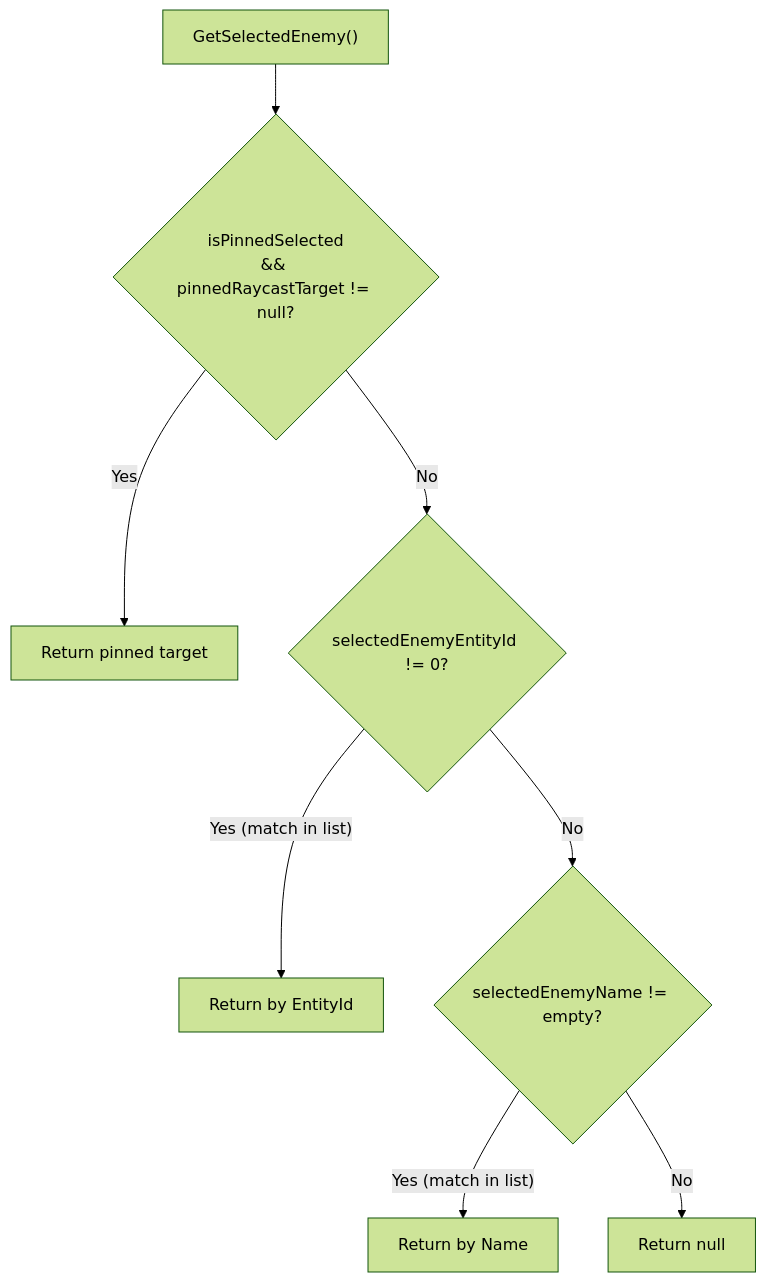
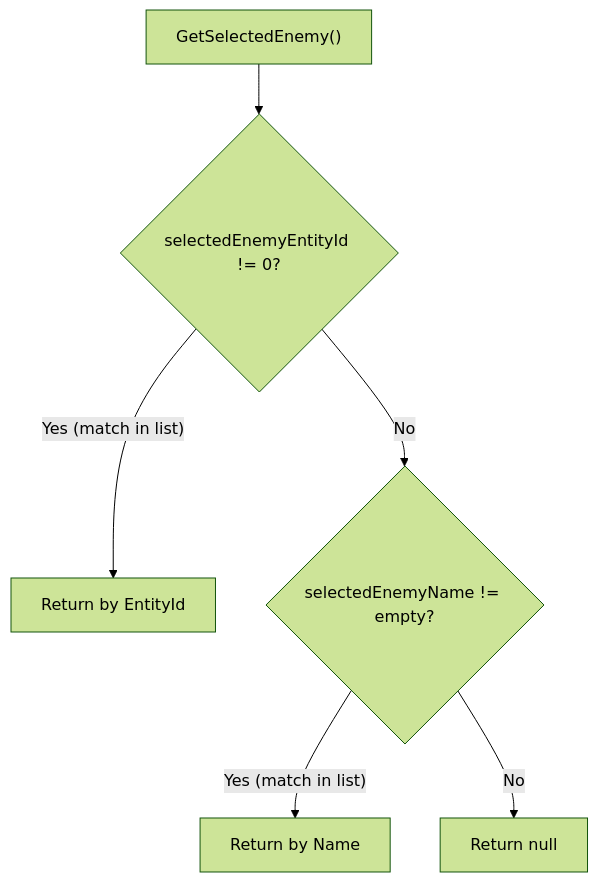
The fifth of 7 diagrams in docs/target-tracking.md (Terilia/JetOS), drawn with Mermaid (forest theme) before and after one commit. The commit also changed other lines of this file and 45 other files, not shown here.

````diff
--- a/docs/target-tracking.md
+++ b/docs/target-tracking.md
@@ -138,10 +126,8 @@
 ```mermaid
 flowchart TD
-    GET["GetSelectedEnemy()"] --> PINQ{"isPinnedSelected\n&& pinnedRaycastTarget != null?"}
-    PINQ -- "Yes" --> RETPIN["Return pinned target"]
-    PINQ -- "No" --> EIDQ{"selectedEnemyEntityId != 0?"}
+    GET["GetSelectedEnemy()"] --> EIDQ{"selectedEnemyEntityId != 0?"}
     EIDQ -- "Yes (match in list)" --> RETEID["Return by EntityId"]
     EIDQ -- "No" --> NAMEQ{"selectedEnemyName != empty?"}
     NAMEQ -- "Yes (match in list)" --> RETNAME["Return by Name"]
     NAMEQ -- "No" --> RETNULL["Return null"]
 ```
````
